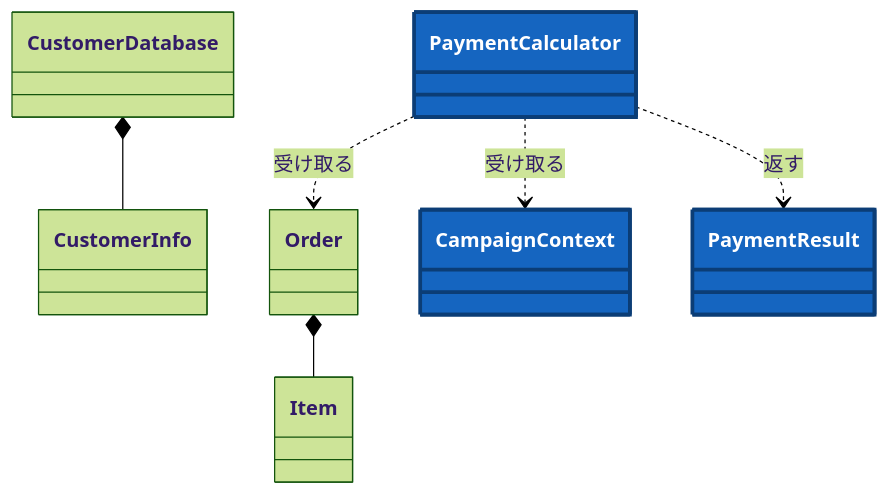
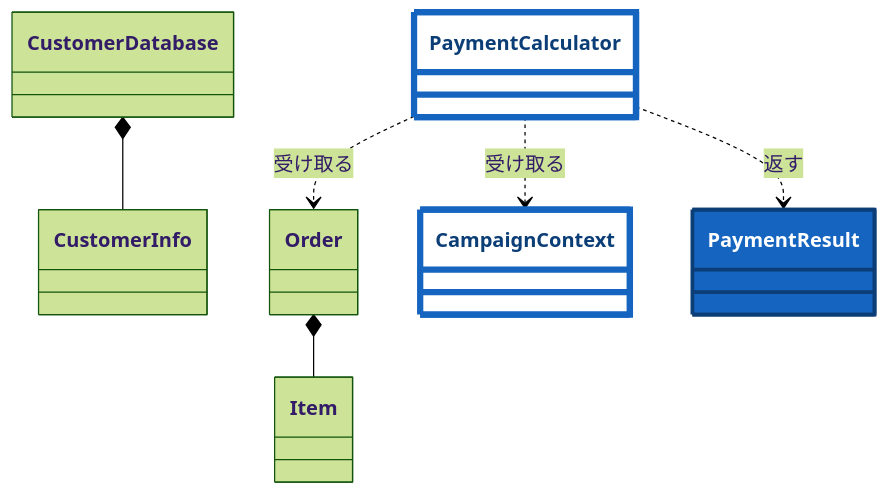
The ninth of 14 diagrams in kindle/design-patterns/books/volume01-core-patterns/output/03-chapter01.md (kumachan1101-pixel/DesignPattern), drawn with Mermaid (forest theme) before and after one commit. The commit also changed other lines of this file and 11 other files, not shown here.

First line of the commit message:
図の印を「新しく作る／開いて直す」へ分け、抜粋の改変を直す

````diff
--- a/kindle/design-patterns/books/volume01-core-patterns/output/03-chapter01.md
+++ b/kindle/design-patterns/books/volume01-core-patterns/output/03-chapter01.md
@@ -1952,18 +1949,19 @@
 ```mermaid
 classDiagram
     direction TB
     class Order
     class Item
     class CustomerInfo
     class CustomerDatabase
-    class CampaignContext:::changed
-    class PaymentResult:::changed
-    class PaymentCalculator:::changed
+    class CampaignContext:::touched
+    class PaymentResult:::added
+    class PaymentCalculator:::touched
     Order *-- Item
     CustomerDatabase *-- CustomerInfo
     PaymentCalculator ..> Order : 受け取る
     PaymentCalculator ..> CampaignContext : 受け取る
     PaymentCalculator ..> PaymentResult : 返す
 
-    classDef changed fill:#1565c0,stroke:#0b3d76,stroke-width:3px,color:#ffffff;
+    classDef added fill:#1565c0,stroke:#0b3d76,stroke-width:3px,color:#ffffff;
+    classDef touched fill:#ffffff,stroke:#1565c0,stroke-width:5px,color:#0b3d76;
 ```
````
